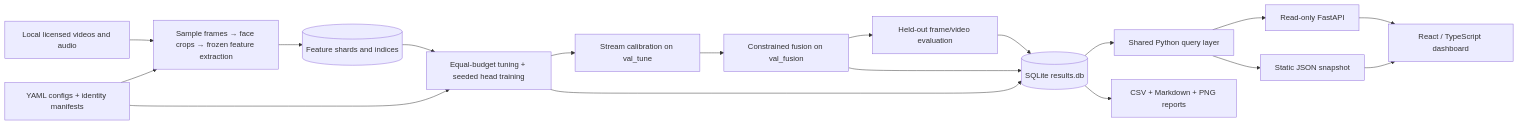
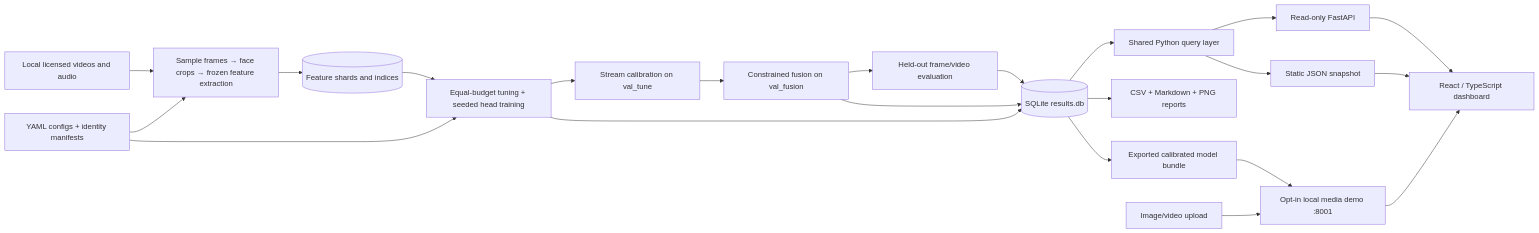
One commit to Aahan0605/cmai-project- changed the diagram in README.md. Above: the diagram before and after it, drawn with Mermaid. The commit also changed other lines of this file and 530 other files, not shown here.

Commit message:
Complete hybrid studies, joint heads, backbone ablation and local media demo

````diff
--- a/README.md
+++ b/README.md
@@ -118,26 +118,29 @@
 ```mermaid
 flowchart LR
     DATA["Local licensed videos and audio"]
     CFG["YAML configs + identity manifests"]
     PREP["Sample frames → face crops → frozen feature extraction"]
     CACHE[("Feature shards and indices")]
     TRAIN["Equal-budget tuning + seeded head training"]
     CAL["Stream calibration on val_tune"]
     FUSE["Constrained fusion on val_fusion"]
     EVAL["Held-out frame/video evaluation"]
     DB[("SQLite results.db")]
     QUERY["Shared Python query layer"]
     API["Read-only FastAPI"]
     SNAP["Static JSON snapshot"]
     WEB["React / TypeScript dashboard"]
     REPORT["CSV + Markdown + PNG reports"]
     DATA --> PREP --> CACHE --> TRAIN --> CAL --> FUSE --> EVAL --> DB
     CFG --> PREP
     CFG --> TRAIN
     TRAIN --> DB
     FUSE --> DB
     DB --> QUERY
     QUERY --> API --> WEB
     QUERY --> SNAP --> WEB
     DB --> REPORT
+    DB --> BUNDLE["Exported calibrated model bundle"]
+    BUNDLE --> DEMO["Opt-in local media demo :8001"]
+    MEDIA["Image/video upload"] --> DEMO --> WEB
 ```
````
